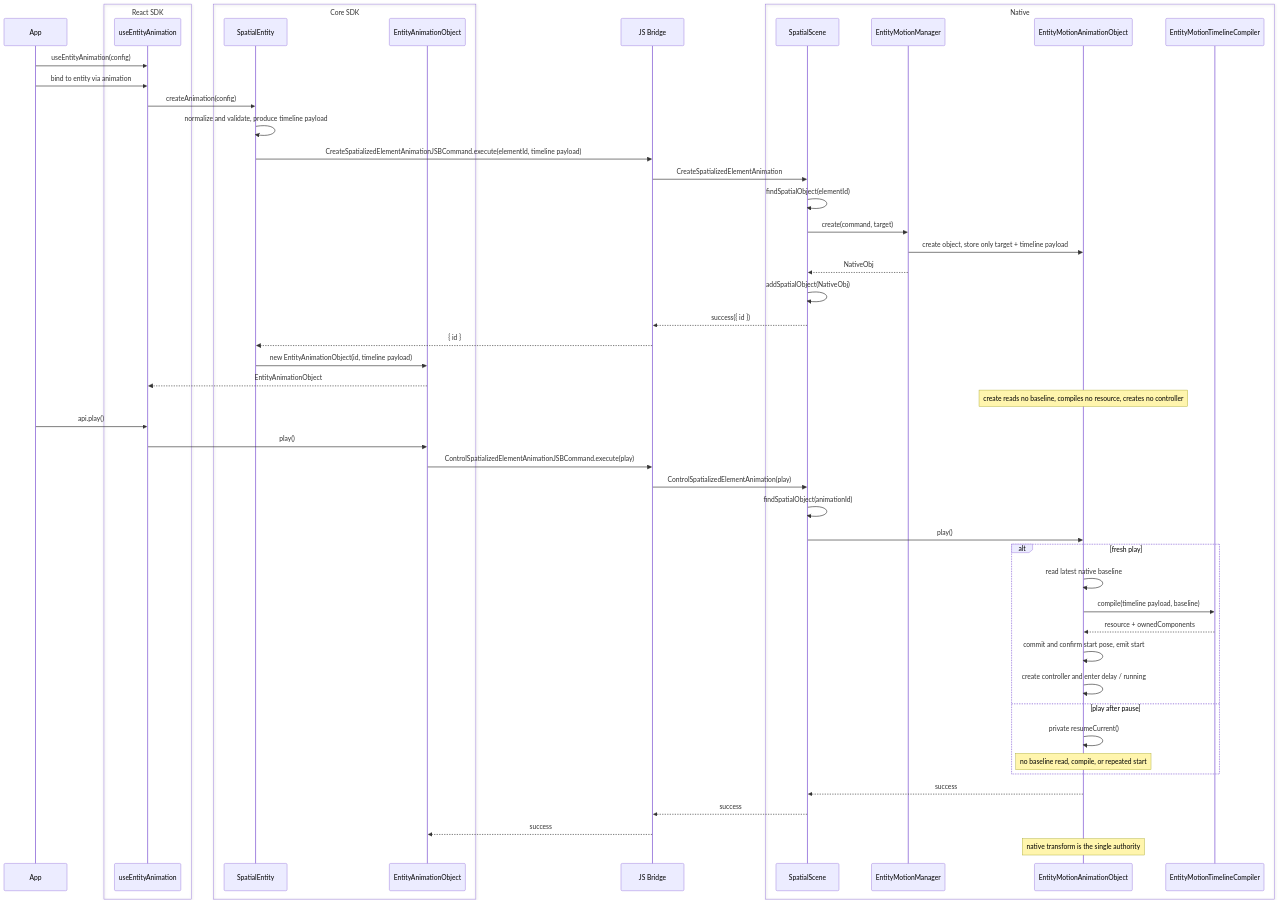
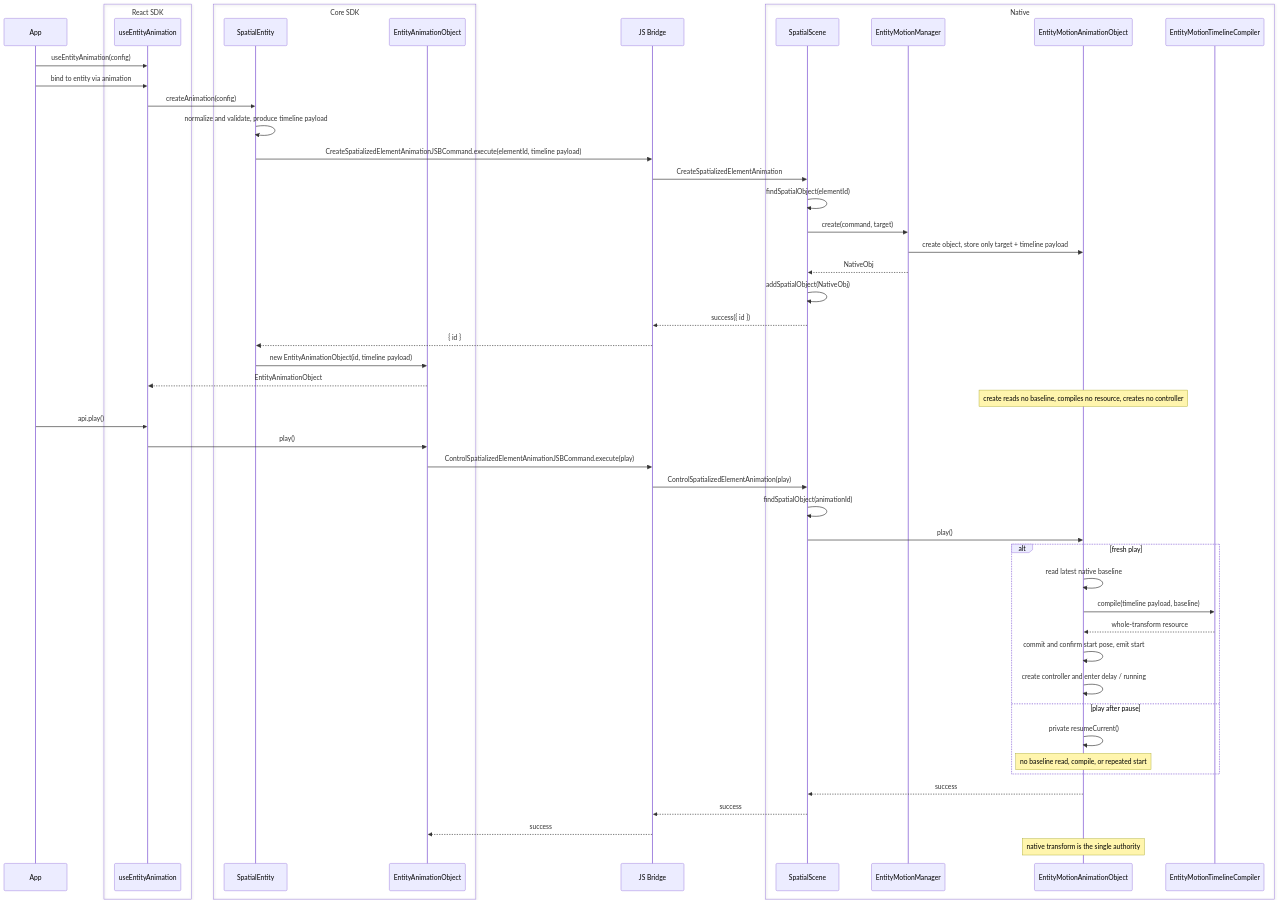
Before and after one commit to webspatial/webspatial-sdk: the third of 14 diagrams in openspec/changes/redesign-entity-motion-api/design.md, drawn with Mermaid. The commit also changed other lines of this file and 7 other files, not shown here.

Commit message:
docs(openspec): define whole-transform entity motion ownership

````diff
--- a/openspec/changes/redesign-entity-motion-api/design.md
+++ b/openspec/changes/redesign-entity-motion-api/design.md
@@ -293,55 +293,55 @@
 ```mermaid
 sequenceDiagram
     participant App
     box React SDK
         participant Hook as useEntityAnimation
     end
     box Core SDK
         participant Entity as SpatialEntity
         participant Obj as EntityAnimationObject
     end
     participant Bridge as JS Bridge
     box Native
         participant Scene as SpatialScene
         participant Manager as EntityMotionManager
         participant NativeObj as EntityMotionAnimationObject
         participant Compiler as EntityMotionTimelineCompiler
     end
 
     App->>Hook: useEntityAnimation(config)
     App->>Hook: bind to entity via animation
     Hook->>Entity: createAnimation(config)
     Entity->>Entity: normalize and validate, produce timeline payload
     Entity->>Bridge: CreateSpatializedElementAnimationJSBCommand.execute(elementId, timeline payload)
     Bridge->>Scene: CreateSpatializedElementAnimation
     Scene->>Scene: findSpatialObject(elementId)
     Scene->>Manager: create(command, target)
     Manager->>NativeObj: create object, store only target + timeline payload
     Manager-->>Scene: NativeObj
     Scene->>Scene: addSpatialObject(NativeObj)
     Scene-->>Bridge: success({ id })
     Bridge-->>Entity: { id }
     Entity->>Obj: new EntityAnimationObject(id, timeline payload)
     Obj-->>Hook: EntityAnimationObject
     Note over NativeObj: create reads no baseline, compiles no resource, creates no controller
     App->>Hook: api.play()
     Hook->>Obj: play()
     Obj->>Bridge: ControlSpatializedElementAnimationJSBCommand.execute(play)
     Bridge->>Scene: ControlSpatializedElementAnimation(play)
     Scene->>Scene: findSpatialObject(animationId)
     Scene->>NativeObj: play()
     alt fresh play
         NativeObj->>NativeObj: read latest native baseline
         NativeObj->>Compiler: compile(timeline payload, baseline)
-        Compiler-->>NativeObj: resource + ownedComponents
+        Compiler-->>NativeObj: whole-transform resource
         NativeObj->>NativeObj: commit and confirm start pose, emit start
         NativeObj->>NativeObj: create controller and enter delay / running
     else play after pause
         NativeObj->>NativeObj: private resumeCurrent()
         Note over NativeObj: no baseline read, compile, or repeated start
     end
     NativeObj-->>Scene: success
     Scene-->>Bridge: success
     Bridge-->>Obj: success
     Note over NativeObj: native transform is the single authority
 ```
````
